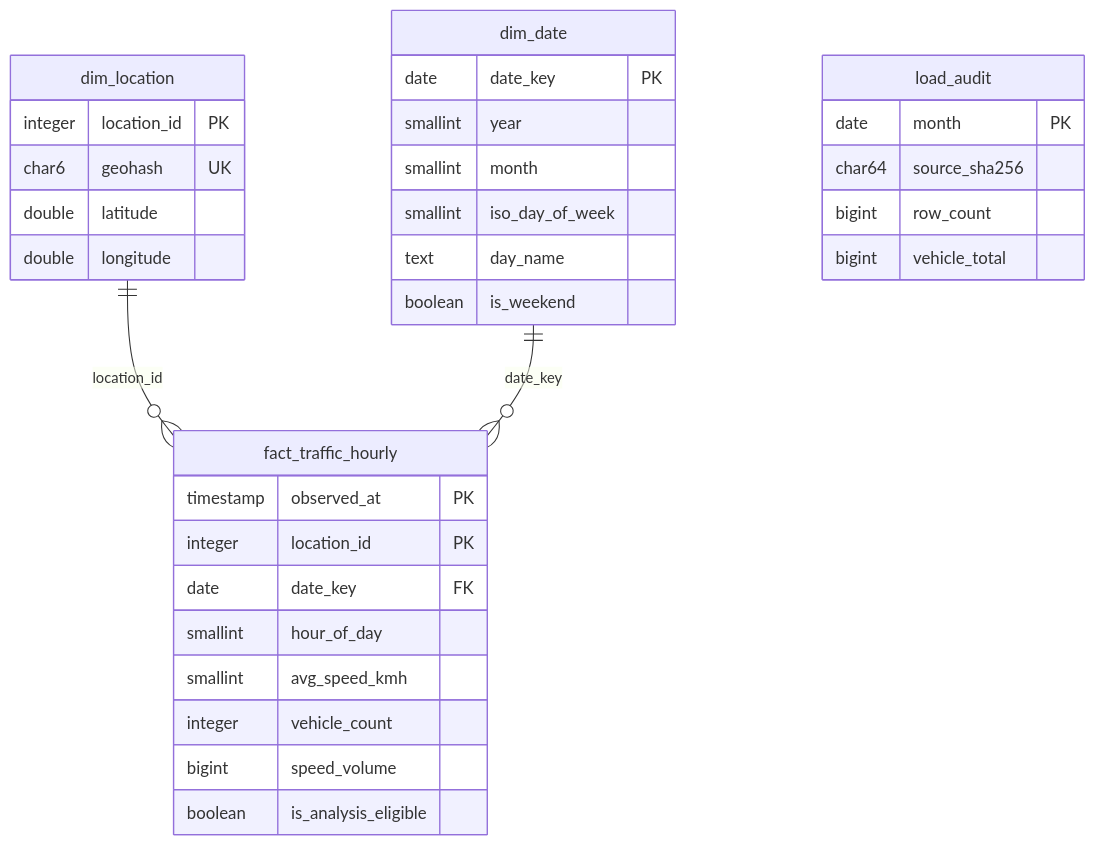
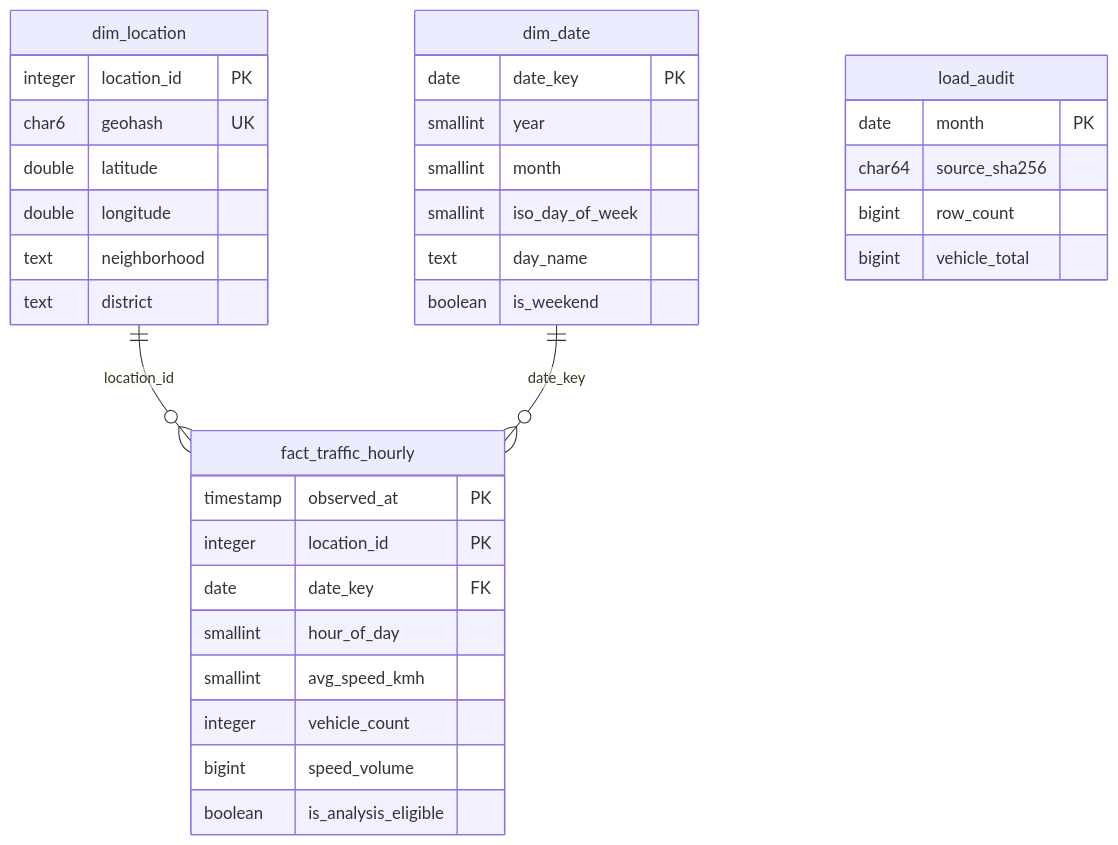
Before and after one commit to rasimataberksahin/istanbul-traffic-analytics: the diagram in docs/database.md, drawn with Mermaid. The commit also changed 13 other files, not shown here.

````diff
--- a/docs/database.md
+++ b/docs/database.md
@@ -10,36 +10,38 @@
 ```mermaid
 erDiagram
     dim_location ||--o{ fact_traffic_hourly : "location_id"
     dim_date ||--o{ fact_traffic_hourly : "date_key"
 
     dim_location {
         integer location_id PK
         char6 geohash UK
         double latitude
         double longitude
+        text neighborhood
+        text district
     }
     dim_date {
         date date_key PK
         smallint year
         smallint month
         smallint iso_day_of_week
         text day_name
         boolean is_weekend
     }
     fact_traffic_hourly {
         timestamp observed_at PK
         integer location_id PK
         date date_key FK
         smallint hour_of_day
         smallint avg_speed_kmh
         integer vehicle_count
         bigint speed_volume
         boolean is_analysis_eligible
     }
     load_audit {
         date month PK
         char64 source_sha256
         bigint row_count
         bigint vehicle_total
     }
 ```
````
